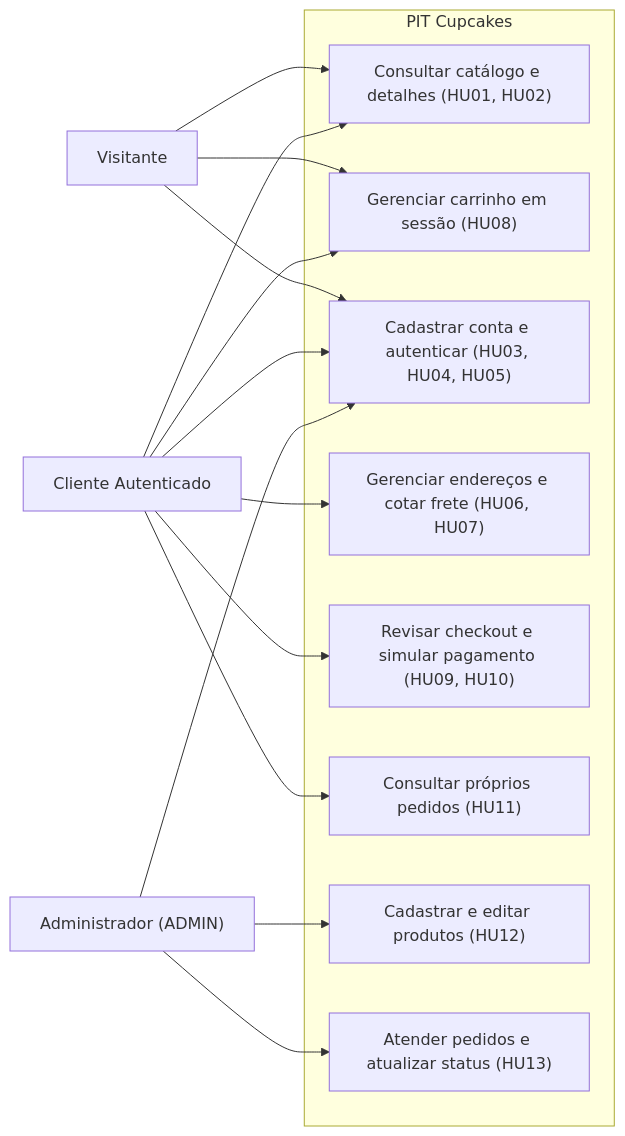
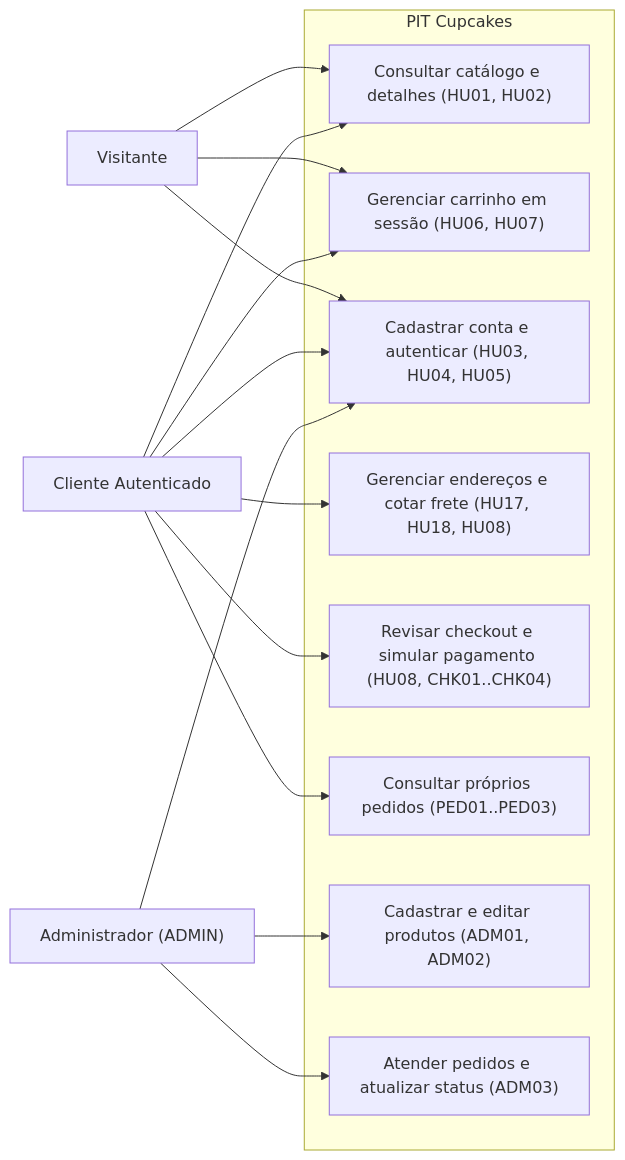
The first of 4 diagrams in docs/modelagem/diagramas-uml.md (Lucas-Ribeiro-dev/pit-cupcakes), drawn with Mermaid before and after one commit. The commit also changed other lines of this file and 162 other files, not shown here.

````diff
--- a/docs/modelagem/diagramas-uml.md
+++ b/docs/modelagem/diagramas-uml.md
@@ -7,32 +7,32 @@
 ```mermaid
 flowchart LR
     V["Visitante"]
     C["Cliente Autenticado"]
     A["Administrador (ADMIN)"]
 
     subgraph Loja["PIT Cupcakes"]
         UC1["Consultar catálogo e detalhes (HU01, HU02)"]
-        UC2["Gerenciar carrinho em sessão (HU08)"]
+        UC2["Gerenciar carrinho em sessão (HU06, HU07)"]
         UC3["Cadastrar conta e autenticar (HU03, HU04, HU05)"]
-        UC4["Gerenciar endereços e cotar frete (HU06, HU07)"]
-        UC5["Revisar checkout e simular pagamento (HU09, HU10)"]
-        UC6["Consultar próprios pedidos (HU11)"]
-        UC7["Cadastrar e editar produtos (HU12)"]
-        UC8["Atender pedidos e atualizar status (HU13)"]
+        UC4["Gerenciar endereços e cotar frete (HU17, HU18, HU08)"]
+        UC5["Revisar checkout e simular pagamento (HU08, CHK01..CHK04)"]
+        UC6["Consultar próprios pedidos (PED01..PED03)"]
+        UC7["Cadastrar e editar produtos (ADM01, ADM02)"]
+        UC8["Atender pedidos e atualizar status (ADM03)"]
     end
 
     V --> UC1
     V --> UC2
     V --> UC3
 
     C --> UC1
     C --> UC2
     C --> UC3
     C --> UC4
     C --> UC5
     C --> UC6
 
     A --> UC3
     A --> UC7
     A --> UC8
 ```
````
